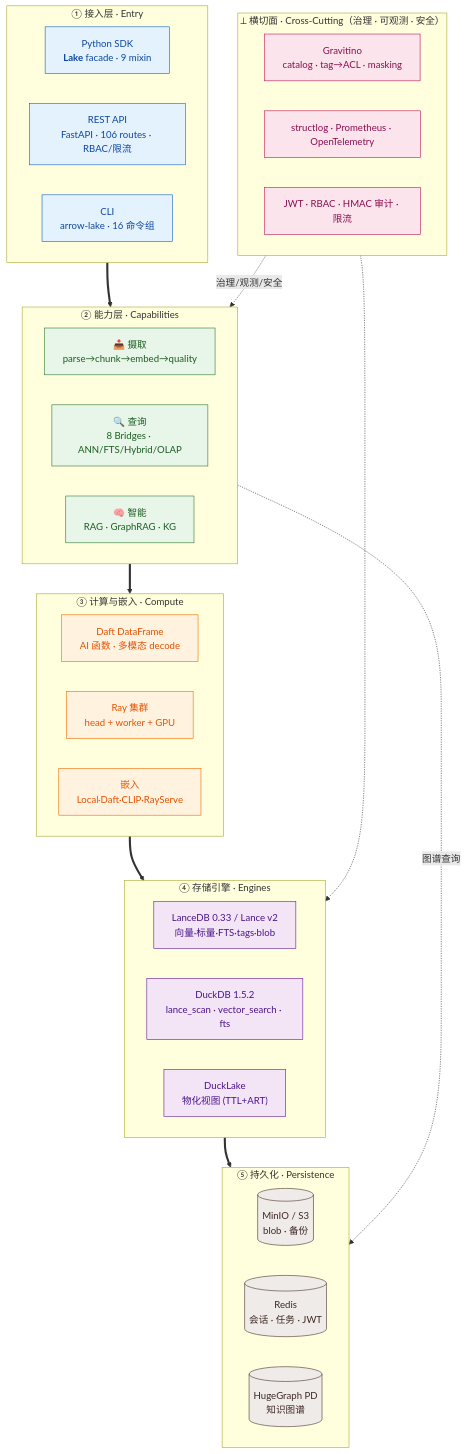
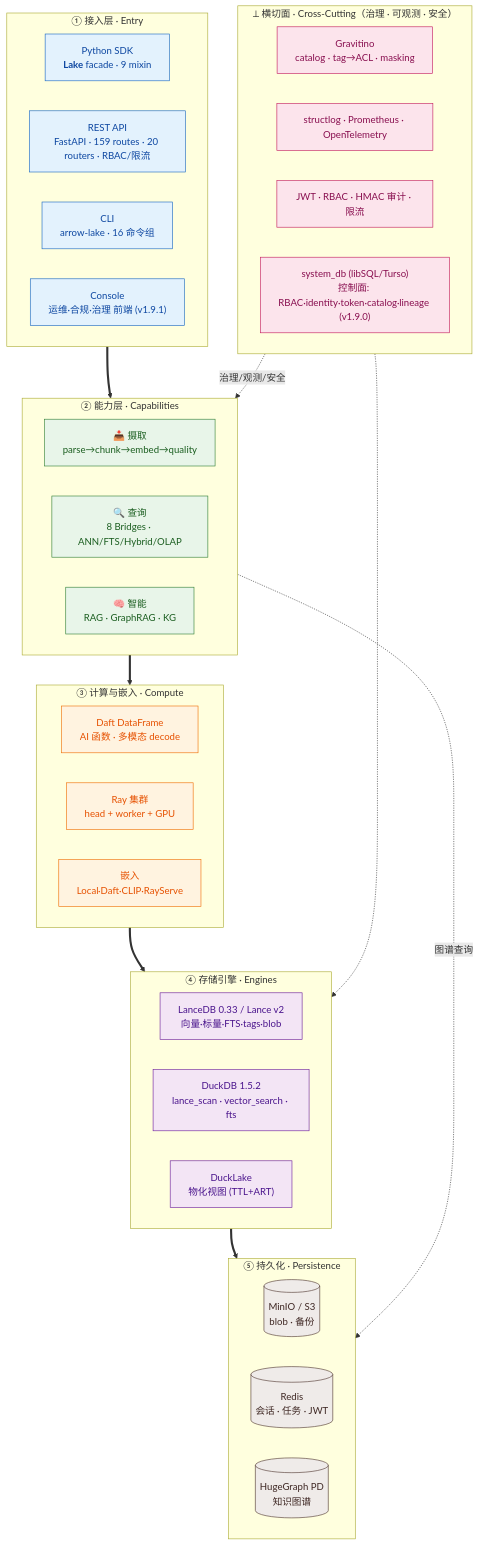
Before and after one commit to witsmaotech/arrow-lake: the first of 4 diagrams in docs/ARCHITECTURE.md, drawn with Mermaid. The commit also changed other lines of this file and 4 other files, not shown here.

First line of the commit message:
docs(arch): 架构/产品文档对齐 v1.9.2(Turso 控制面 + console + 路由数/测试数修正)

````diff
--- a/docs/ARCHITECTURE.md
+++ b/docs/ARCHITECTURE.md
@@ -75,54 +80,56 @@
 ```mermaid
 flowchart TD
     classDef l1 fill:#e3f2fd,stroke:#1565c0,color:#0d47a1
     classDef l2 fill:#e8f5e9,stroke:#2e7d32,color:#1b5e20
     classDef l3 fill:#fff3e0,stroke:#ef6c00,color:#e65100
     classDef l4 fill:#f3e5f5,stroke:#6a1b9a,color:#4a148c
     classDef l5 fill:#efebe9,stroke:#4e342e,color:#3e2723
     classDef cc fill:#fce4ec,stroke:#c2185b,color:#880e4f
 
     subgraph L1["① 接入层 · Entry"]
       direction LR
       SDK["Python SDK<br/><b>Lake</b> facade · 9 mixin"]:::l1
-      REST["REST API<br/>FastAPI · 106 routes · RBAC/限流"]:::l1
+      REST["REST API<br/>FastAPI · 159 routes · 20 routers · RBAC/限流"]:::l1
       CLI["CLI<br/>arrow-lake · 16 命令组"]:::l1
+      CONSOLE["Console<br/>运维·合规·治理 前端 (v1.9.1)"]:::l1
     end
     subgraph L2["② 能力层 · Capabilities"]
       direction LR
       INGEST["📥 摄取<br/>parse→chunk→embed→quality"]:::l2
       QUERY["🔍 查询<br/>8 Bridges · ANN/FTS/Hybrid/OLAP"]:::l2
       INTEL["🧠 智能<br/>RAG · GraphRAG · KG"]:::l2
     end
     subgraph L3["③ 计算与嵌入 · Compute"]
       direction LR
       DAFT["Daft DataFrame<br/>AI 函数 · 多模态 decode"]:::l3
       RAY["Ray 集群<br/>head + worker + GPU"]:::l3
       EMB["嵌入<br/>Local·Daft·CLIP·RayServe"]:::l3
     end
     subgraph L4["④ 存储引擎 · Engines"]
       direction LR
       LANCE["LanceDB 0.33 / Lance v2<br/>向量·标量·FTS·tags·blob"]:::l4
       DUCK["DuckDB 1.5.2<br/>lance_scan · vector_search · fts"]:::l4
       DLAKE["DuckLake<br/>物化视图 (TTL+ART)"]:::l4
     end
     subgraph L5["⑤ 持久化 · Persistence"]
       direction LR
       MINIO[("MinIO / S3<br/>blob · 备份")]:::l5
       REDIS[("Redis<br/>会话 · 任务 · JWT")]:::l5
       HG[("HugeGraph PD<br/>知识图谱")]:::l5
     end
     subgraph CC["⟂ 横切面 · Cross-Cutting（治理 · 可观测 · 安全）"]
       direction LR
       GRAV["Gravitino<br/>catalog · tag→ACL · masking"]:::cc
       OBS["structlog · Prometheus · OpenTelemetry"]:::cc
       SEC["JWT · RBAC · HMAC 审计 · 限流"]:::cc
+      SYSDB["system_db (libSQL/Turso)<br/>控制面: RBAC·identity·token·catalog·lineage (v1.9.0)"]:::cc
     end
 
     %% 严格自上而下穿越（粗箭头 = 主调用链 / 分层骨架）
     L1 ==> L2 ==> L3 ==> L4 ==> L5
     %% 横切面贯穿能力层与引擎层（虚线 = 非主链）
     CC -. 治理/观测/安全 .-> L2
     CC -.-> L4
     %% 知识图谱旁路：能力层直达持久化
     INTEL -. 图谱查询 .-> HG
 ```
````
